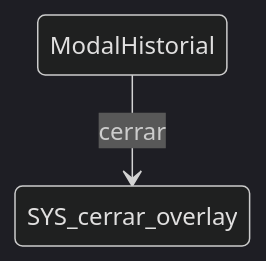
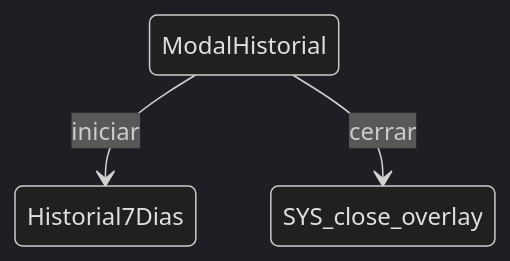
Before and after one commit to cepeche/Trenza-DSL: the diagram in spec/docs/sistema/overlays/ModalHistorial.md, drawn with Mermaid (dark theme). The commit also changed other lines of this file and 2250 other files, not shown here.

````diff
--- a/spec/docs/sistema/overlays/ModalHistorial.md
+++ b/spec/docs/sistema/overlays/ModalHistorial.md
@@ -13,4 +14,5 @@
 ```mermaid
 stateDiagram-v2
-    ModalHistorial --> SYS_cerrar_overlay : cerrar
+    ModalHistorial --> Historial7Dias : iniciar
+    ModalHistorial --> SYS_close_overlay : cerrar
 ```
````
